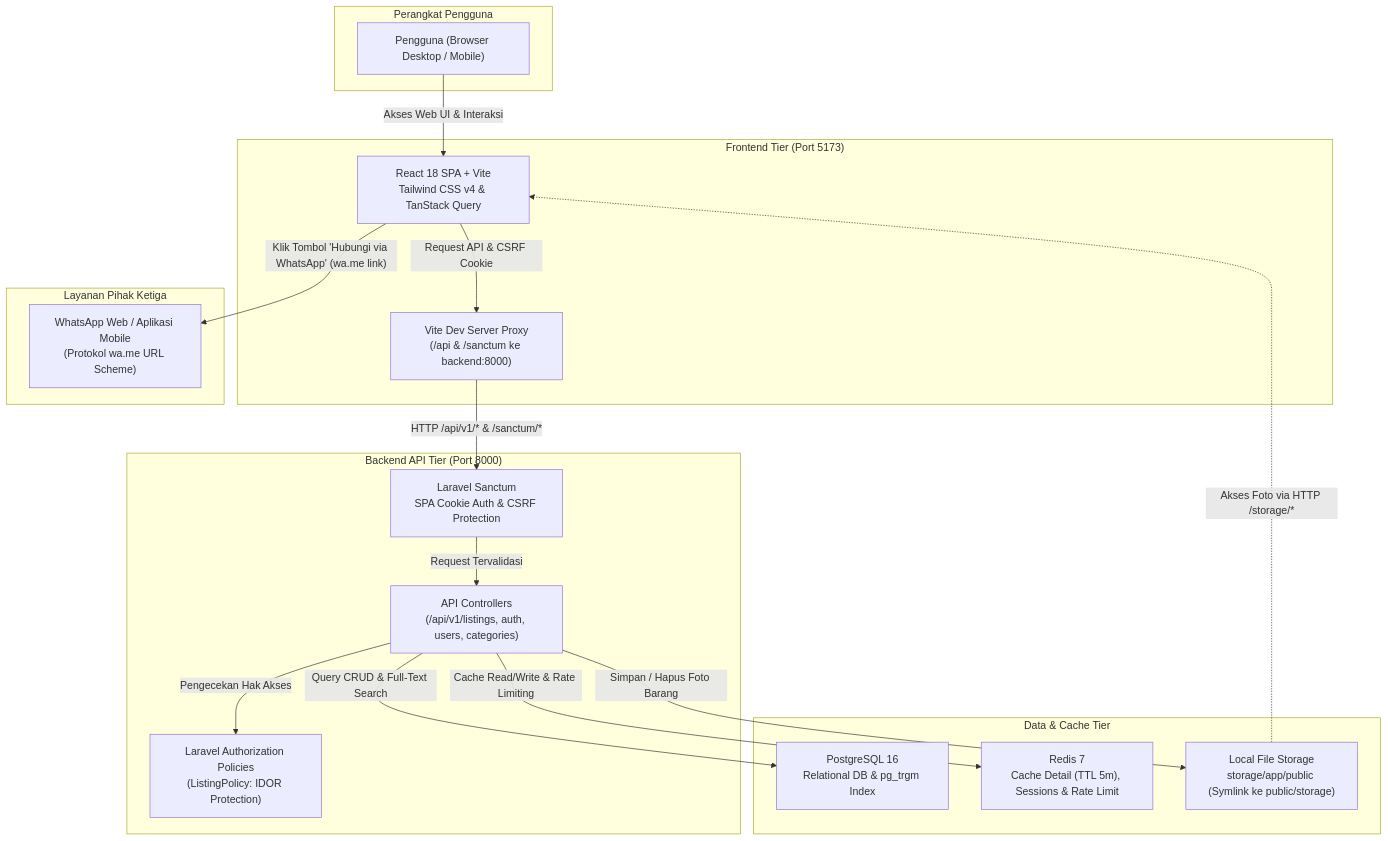
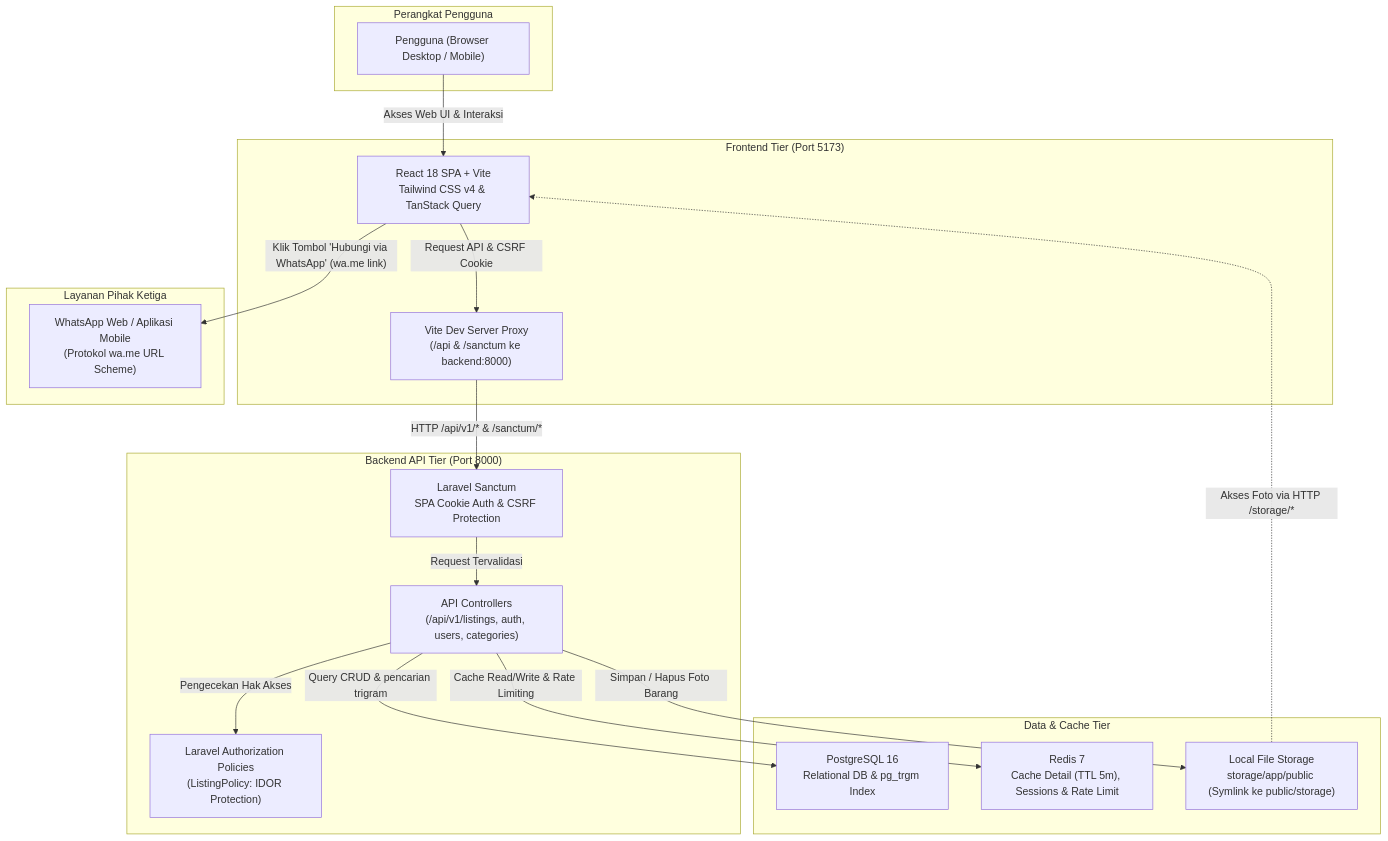
One commit to ZuPPABae/gits-secondhand-marketplace changed the diagram in docs/architecture-app.md. Above: the diagram before and after it, drawn with Mermaid. The commit also changed other lines of this file and 7 other files, not shown here.

Commit message:
docs: architecture and technical documentation updates

````diff
--- a/docs/architecture-app.md
+++ b/docs/architecture-app.md
@@ -11,43 +11,43 @@
 ```mermaid
 flowchart TD
     subgraph Klien["Perangkat Pengguna"]
         User["Pengguna (Browser Desktop / Mobile)"]
     end
 
     subgraph FrontendTier["Frontend Tier (Port 5173)"]
         SPA["React 18 SPA + Vite\nTailwind CSS v4 & TanStack Query"]
         Proxy["Vite Dev Server Proxy\n(/api & /sanctum ke backend:8000)"]
     end
 
     subgraph BackendTier["Backend API Tier (Port 8000)"]
         Sanctum["Laravel Sanctum\nSPA Cookie Auth & CSRF Protection"]
         Controllers["API Controllers\n(/api/v1/listings, auth, users, categories)"]
         Policies["Laravel Authorization Policies\n(ListingPolicy: IDOR Protection)"]
     end
 
     subgraph DataStorageTier["Data & Cache Tier"]
         DB["PostgreSQL 16\nRelational DB & pg_trgm Index"]
         Redis["Redis 7\nCache Detail (TTL 5m), Sessions & Rate Limit"]
         LocalStorage["Local File Storage\nstorage/app/public (Symlink ke public/storage)"]
     end
 
     subgraph ExternalTier["Layanan Pihak Ketiga"]
         WhatsApp["WhatsApp Web / Aplikasi Mobile\n(Protokol wa.me URL Scheme)"]
     end
 
     %% Relasi Alur Pengguna
     User -->|"Akses Web UI & Interaksi"| SPA
     SPA -->|"Request API & CSRF Cookie"| Proxy
     Proxy -->|"HTTP /api/v1/* & /sanctum/*"| Sanctum
     Sanctum -->|"Request Tervalidasi"| Controllers
     Controllers -->|"Pengecekan Hak Akses"| Policies
 
     %% Interaksi Backend ke Datastore
-    Controllers -->|"Query CRUD & Full-Text Search"| DB
+    Controllers -->|"Query CRUD & pencarian trigram"| DB
     Controllers -->|"Cache Read/Write & Rate Limiting"| Redis
     Controllers -->|"Simpan / Hapus Foto Barang"| LocalStorage
 
     %% Relasi Eksternal
     SPA -->|"Klik Tombol 'Hubungi via WhatsApp' (wa.me link)"| WhatsApp
     LocalStorage -.->|"Akses Foto via HTTP /storage/*"| SPA
 ```
````
